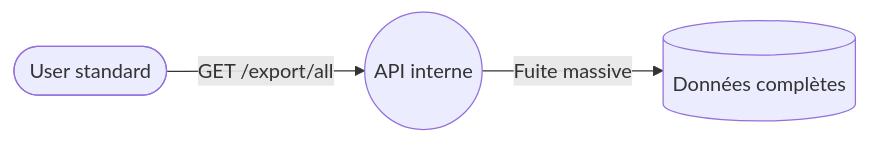
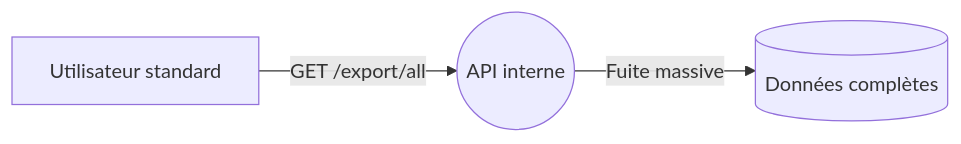
Before and after one commit to ophenix-maisonneuve/420-950-ma-site-web: the second of 2 diagrams in _notes/stride/menaces/stride-elevation-privilege.md, drawn with Mermaid. The commit also changed other lines of this file and 3 other files, not shown here.

````diff
--- a/_notes/stride/menaces/stride-elevation-privilege.md
+++ b/_notes/stride/menaces/stride-elevation-privilege.md
@@ -115,5 +115,5 @@
 ```mermaid
 flowchart LR
-    User([User standard]) -->|GET /export/all| API((API interne))
+    User[Utilisateur standard] -->|GET /export/all| API((API interne))
     API -->|Fuite massive| Data[(Données complètes)]
 ```
````
